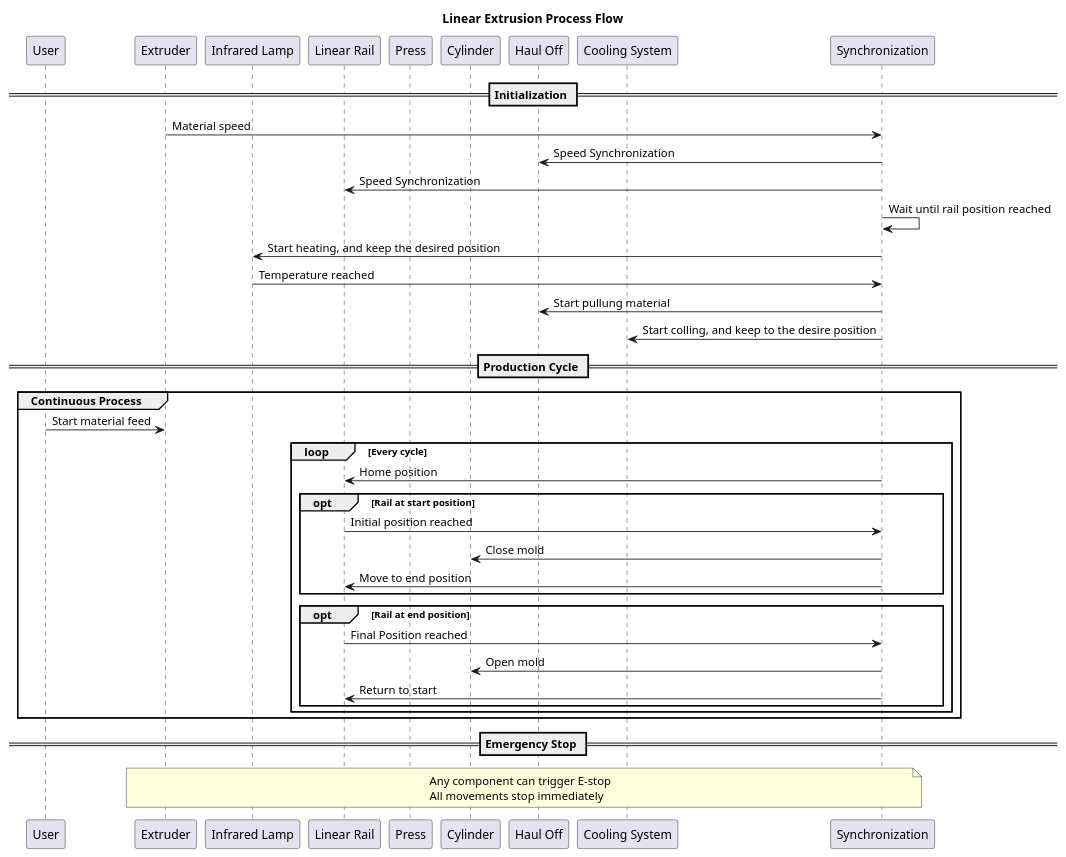
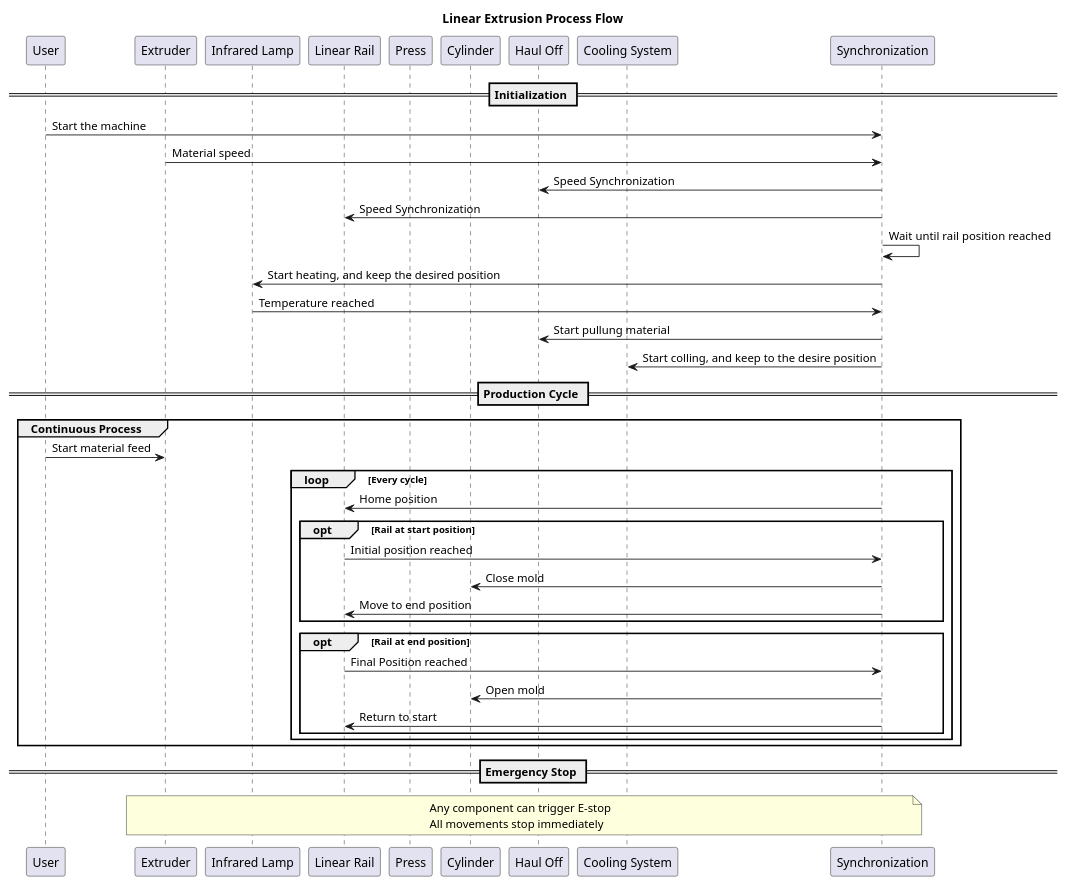
Before and after one commit to Hugo8469/HB_project-industrial-automation-TPAC: the diagram in mdbook/src/chapter_32.md, drawn with PlantUML. The commit also changed 2 other files, not shown here.

Commit message:
flowchart changes

````diff
--- a/mdbook/src/chapter_32.md
+++ b/mdbook/src/chapter_32.md
@@ -5,53 +5,53 @@
 ```plantuml
 @startuml
 title Linear Extrusion Process Flow
 
 participant "User"
 participant "Extruder" as extruder
 participant "Infrared Lamp" as InfraredLamp
 participant "Linear Rail" as rail
 participant "Press" as press
 participant "Cylinder" 
 participant "Haul Off" as haul_off
 participant "Cooling System" as CoolingSystem
 participant "Synchronization"
 
 
 == Initialization ==
-
+User -> Synchronization : Start the machine
 extruder -> Synchronization : Material speed
 Synchronization -> haul_off : Speed Synchronization
 Synchronization -> rail : Speed Synchronization
 Synchronization -> Synchronization : Wait until rail position reached
 Synchronization -> InfraredLamp : Start heating, and keep the desired position
 InfraredLamp -> Synchronization : Temperature reached
 Synchronization -> haul_off : Start pullung material
 Synchronization -> CoolingSystem : Start colling, and keep to the desire position
 
 == Production Cycle ==
 group Continuous Process
     User -> extruder : Start material feed
     
     loop Every cycle
         Synchronization -> rail : Home position
         opt Rail at start position 
         rail -> Synchronization : Initial position reached
         Synchronization -> Cylinder : Close mold
         Synchronization -> rail : Move to end position
         end
         opt Rail at end position
             rail -> Synchronization : Final Position reached
             Synchronization -> Cylinder : Open mold
             Synchronization -> rail : Return to start
         end
     end
 end
 
 == Emergency Stop ==
 note over extruder, Synchronization
     Any component can trigger E-stop
     All movements stop immediately
 end note
 
 @enduml
 ```
````
